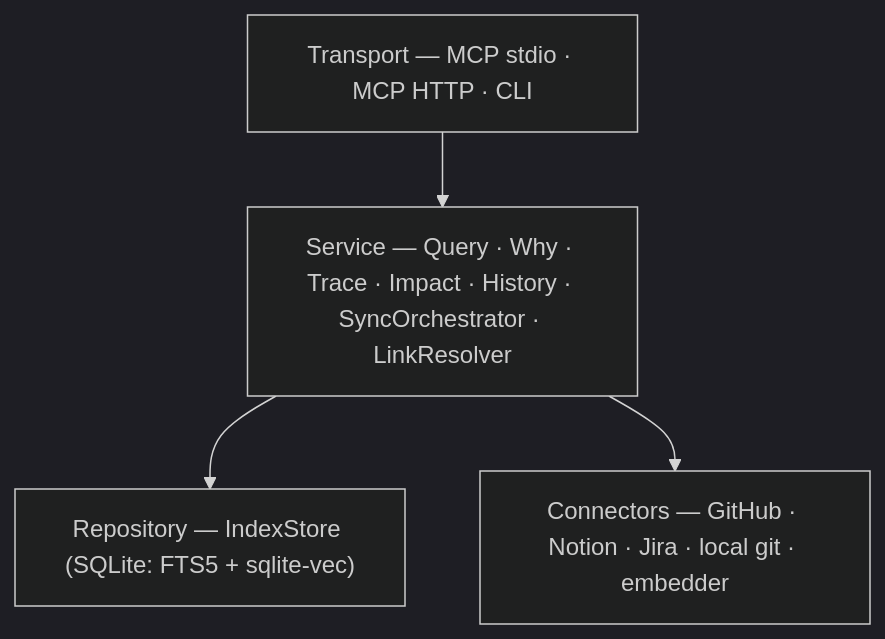
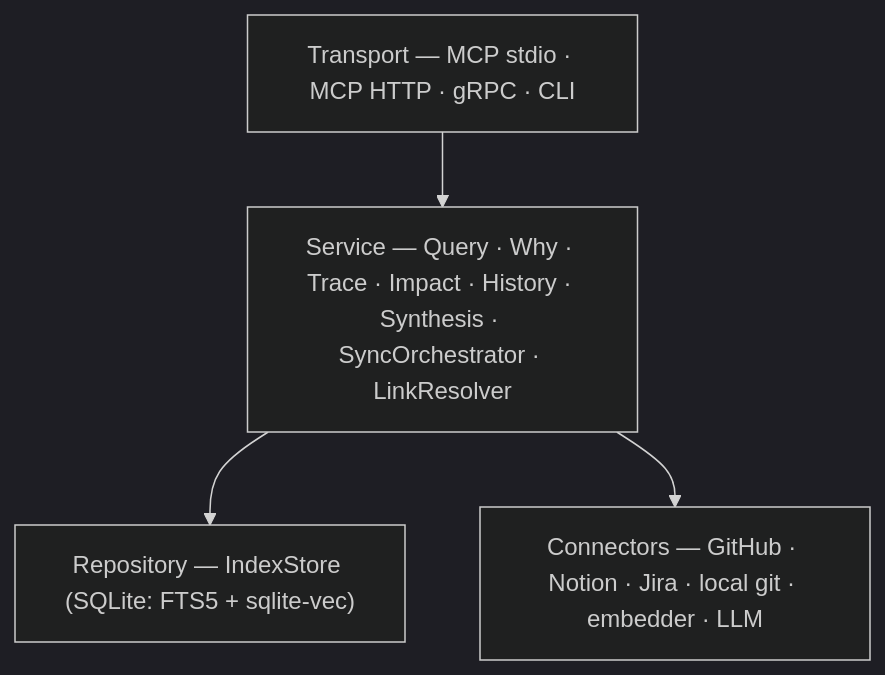
The diagram in README.md (setthasit/Lore), drawn with Mermaid (dark theme) before and after one commit. The commit also changed other lines of this file and 20 other files, not shown here.

Commit message:
[AI] synthesize on the CLI and gRPC

````diff
--- a/README.md
+++ b/README.md
@@ -157,10 +184,10 @@
 ```mermaid
 flowchart TB
-    T["Transport — MCP stdio · MCP HTTP · CLI"]
-    S["Service — Query · Why · Trace · Impact · History · SyncOrchestrator · LinkResolver"]
+    T["Transport — MCP stdio · MCP HTTP · gRPC · CLI"]
+    S["Service — Query · Why · Trace · Impact · History · Synthesis · SyncOrchestrator · LinkResolver"]
     R["Repository — IndexStore (SQLite: FTS5 + sqlite-vec)"]
-    C["Connectors — GitHub · Notion · Jira · local git · embedder"]
+    C["Connectors — GitHub · Notion · Jira · local git · embedder · LLM"]
     T --> S
     S --> R
     S --> C
 ```
````
